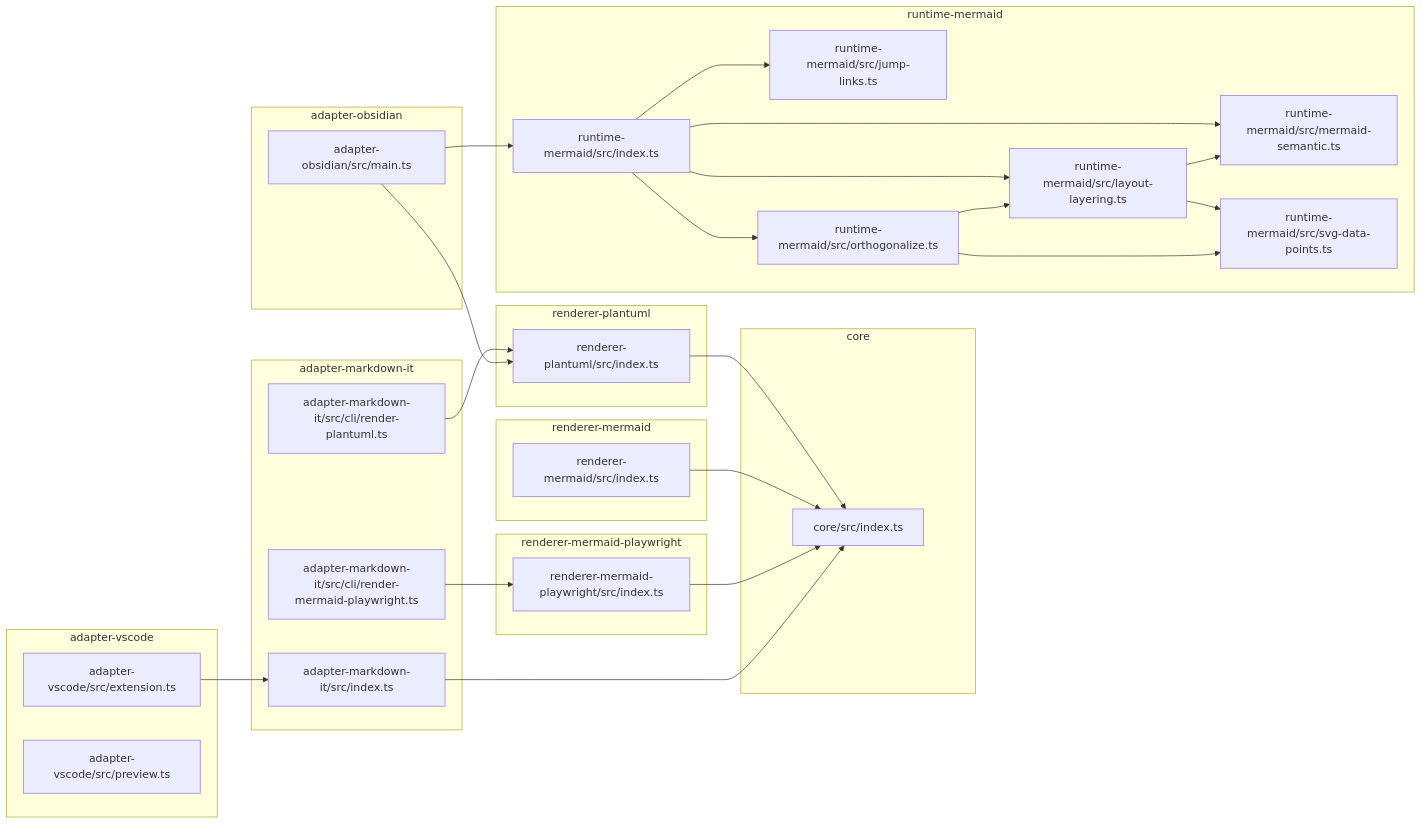
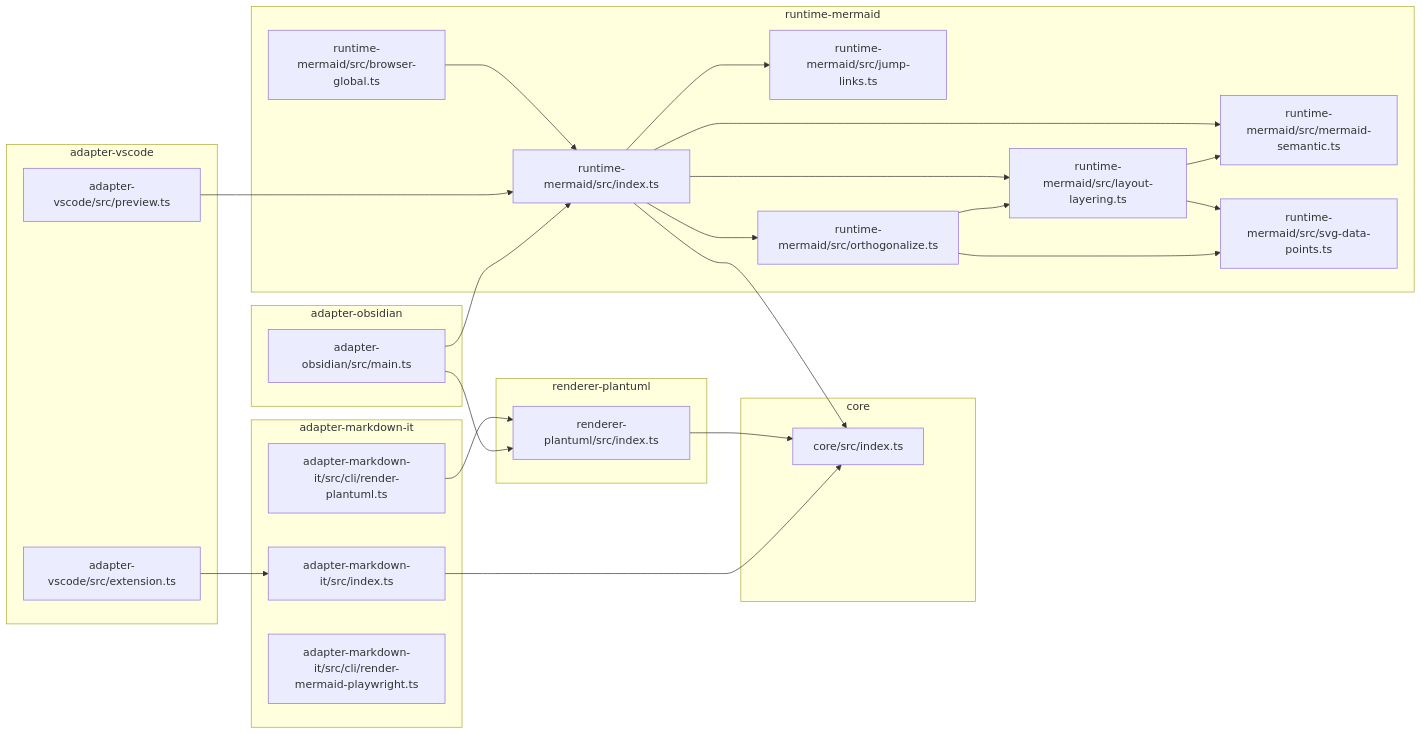
Before and after one commit to guangyiliushan/mduml: the second of 2 diagrams in docs/codegraph.md, drawn with Mermaid. The commit also changed other lines of this file and 14 other files, not shown here.

Commit message:
docs: update architecture/package graph/project structure after 8->6 package consolidation; root scripts to pnpm -r

````diff
--- a/docs/codegraph.md
+++ b/docs/codegraph.md
@@ -36,61 +32,54 @@
 ```mermaid
 flowchart LR
   subgraph core
     core_index["core/src/index.ts"]
   end
 
   subgraph runtime-mermaid
     rt_index["runtime-mermaid/src/index.ts"]
     rt_jump["runtime-mermaid/src/jump-links.ts"]
     rt_layer["runtime-mermaid/src/layout-layering.ts"]
     rt_sem["runtime-mermaid/src/mermaid-semantic.ts"]
     rt_ortho["runtime-mermaid/src/orthogonalize.ts"]
     rt_dp["runtime-mermaid/src/svg-data-points.ts"]
+    rt_global["runtime-mermaid/src/browser-global.ts"]
   end
 
   subgraph renderer-plantuml
     rp_index["renderer-plantuml/src/index.ts"]
-  end
-
-  subgraph renderer-mermaid
-    rm_index["renderer-mermaid/src/index.ts"]
-  end
-
-  subgraph renderer-mermaid-playwright
-    rmp_index["renderer-mermaid-playwright/src/index.ts"]
   end
 
   subgraph adapter-markdown-it
     md_index["adapter-markdown-it/src/index.ts"]
     md_plantuml["adapter-markdown-it/src/cli/render-plantuml.ts"]
     md_playwright["adapter-markdown-it/src/cli/render-mermaid-playwright.ts"]
   end
 
   subgraph adapter-vscode
     vs_ext["adapter-vscode/src/extension.ts"]
     vs_preview["adapter-vscode/src/preview.ts"]
   end
 
   subgraph adapter-obsidian
     ob_main["adapter-obsidian/src/main.ts"]
   end
 
   rt_index --> rt_jump
   rt_index --> rt_layer
   rt_index --> rt_sem
   rt_index --> rt_ortho
   rt_layer --> rt_sem
   rt_layer --> rt_dp
   rt_ortho --> rt_dp
   rt_ortho --> rt_layer
 
   rp_index --> core_index
-  rm_index --> core_index
-  rmp_index --> core_index
+  rt_index --> core_index
+  rt_global --> rt_index
   md_index --> core_index
   md_plantuml --> rp_index
-  md_playwright --> rmp_index
   vs_ext --> md_index
+  vs_preview --> rt_index
   ob_main --> rt_index
   ob_main --> rp_index
 ```
````
